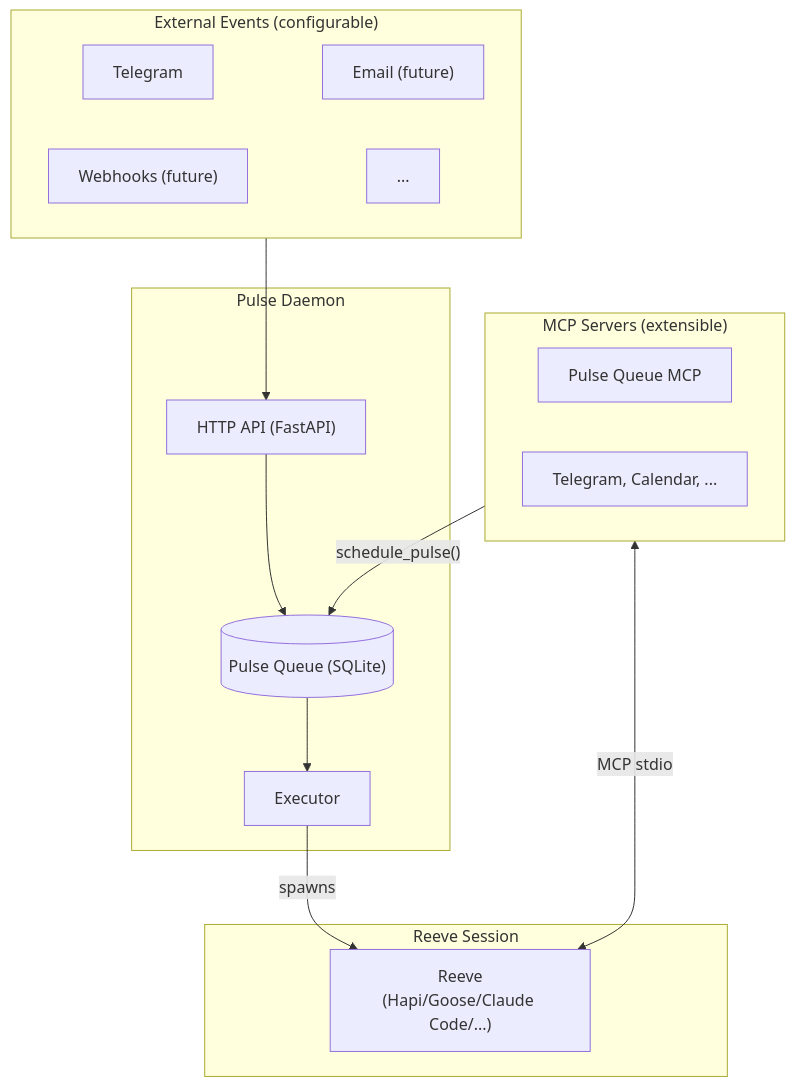
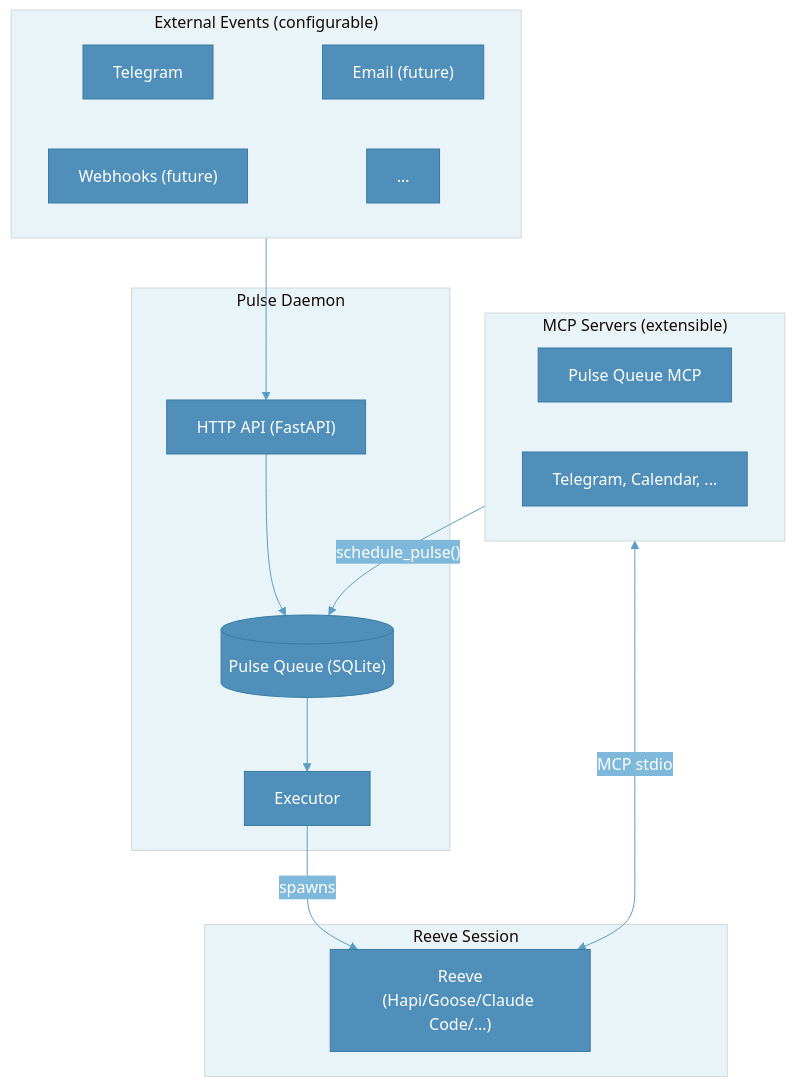
Before and after one commit to reubenjohn/reeve_bot: the diagram in docs/index.md, drawn with Mermaid. The commit also changed other lines of this file and 1 other file, not shown here.

First line of the commit message:
docs: Add blue theme to diagrams, move Pulse Lifecycle

````diff
--- a/docs/index.md
+++ b/docs/index.md
@@ -58,39 +58,40 @@
 ```mermaid
+%%{init: {'theme': 'base', 'themeVariables': { 'primaryColor': '#4f8fba', 'primaryTextColor': '#fff', 'primaryBorderColor': '#3a7ca5', 'lineColor': '#5c9dc4', 'secondaryColor': '#7eb8da', 'tertiaryColor': '#e8f4f8'}}}%%
 flowchart TB
     subgraph events["External Events (configurable)"]
         direction LR
-        telegram_listener["Telegram"] ~~~ email_listener["Email (future)"] 
+        telegram_listener["Telegram"] ~~~ email_listener["Email (future)"]
         webhooks["Webhooks (future)"] ~~~ more_events["..."]
     end
 
     subgraph daemon["Pulse Daemon"]
         api["HTTP API (FastAPI)"]
         queue[("Pulse Queue (SQLite)")]
         executor["Executor"]
 
         api --> queue
         queue --> executor
     end
 
     subgraph session["Reeve Session"]
         reeve["Reeve<br/>(Hapi/Goose/Claude Code/...)"]
     end
 
     subgraph mcps["MCP Servers (extensible)"]
         direction LR
         pulse_mcp["Pulse Queue MCP"]
         other_mcp["Telegram, Calendar, ..."]
     end
 
     %% External events feed into daemon
     events --> api
 
     %% Executor spawns Reeve session
     executor -- "spawns" --> reeve
 
     %% Reeve connects to MCP servers
     reeve <-- "MCP stdio" --> mcps
 
     %% Self-scheduling loop
     pulse_mcp -- "schedule_pulse()" --> queue
 ```
````
